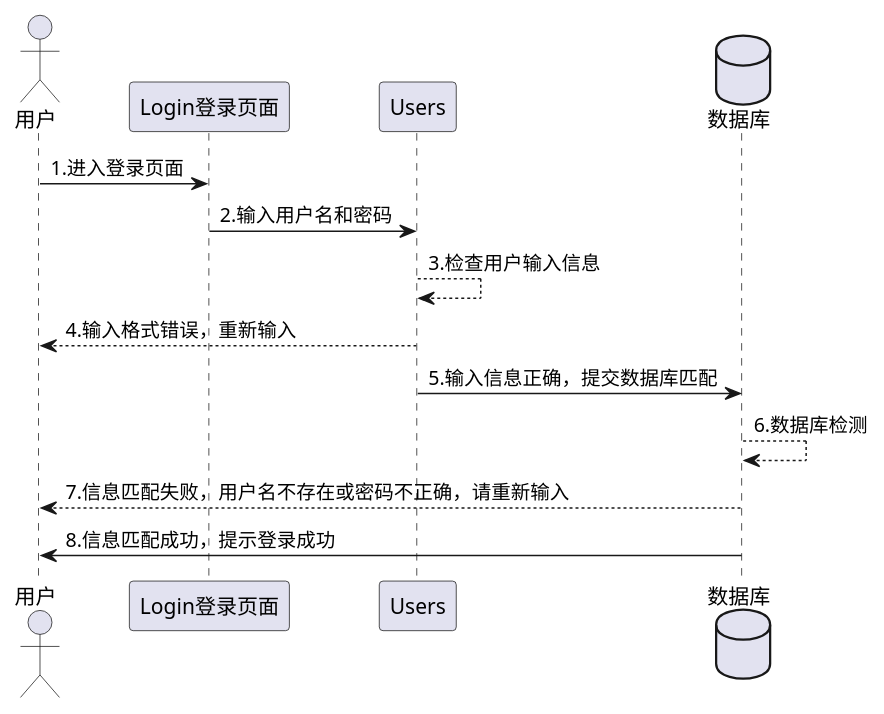
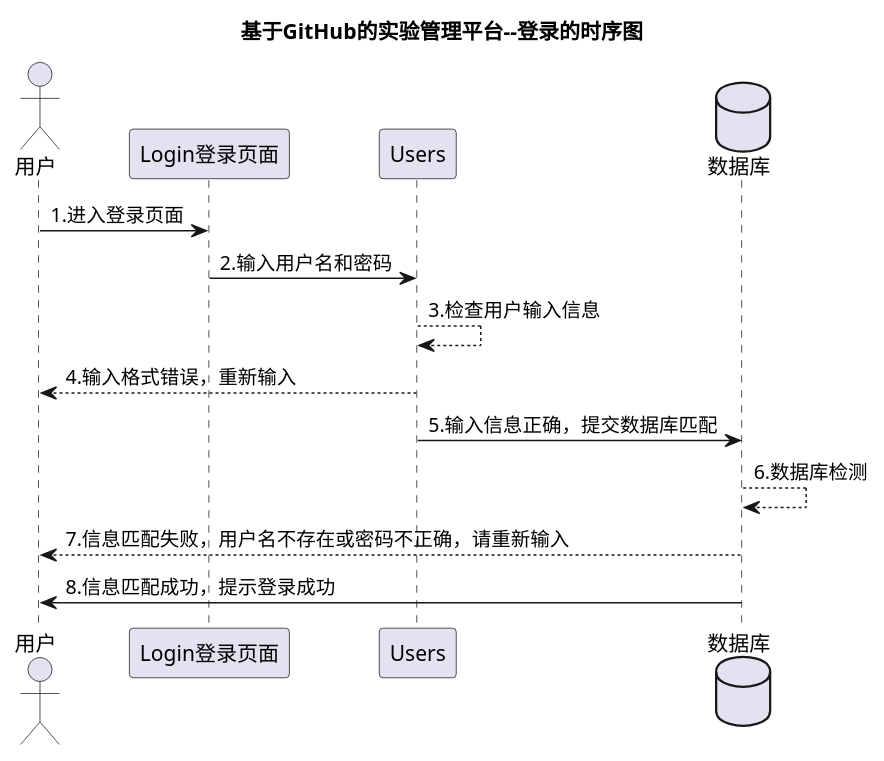
Before and after one commit to zqiheng/is_analysis: the diagram in test6/时序图/登录时序图.puml, drawn with PlantUML. The commit also changed 334 other files, not shown here.

```diff
--- a/test6/时序图/登录时序图.puml
+++ b/test6/时序图/登录时序图.puml
@@ -1,18 +1,18 @@
 @startuml
-
+title 基于GitHub的实验管理平台--登录的时序图
 actor 用户 as user
 participant Login登录页面 as l
 participant Users as u
 database 数据库 as db
 
 user -> l: 1.进入登录页面
 l -> u: 2.输入用户名和密码
 u --> u: 3.检查用户输入信息
 u -->user: 4.输入格式错误，重新输入
 u -> db: 5.输入信息正确，提交数据库匹配
 db --> db: 6.数据库检测
 db --> user: 7.信息匹配失败，用户名不存在或密码不正确，请重新输入
 db -> user: 8.信息匹配成功，提示登录成功
 
 
 @enduml
```
